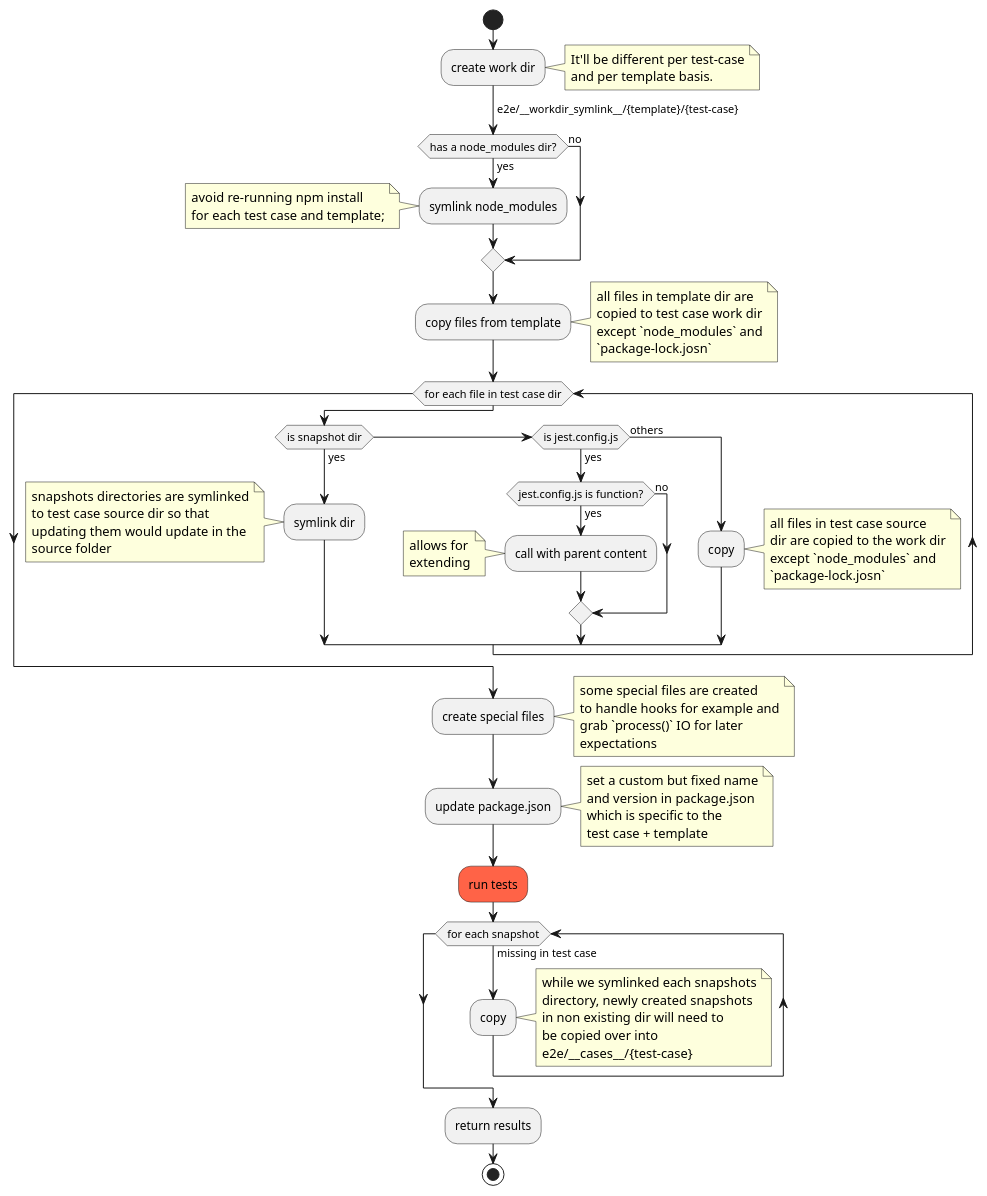
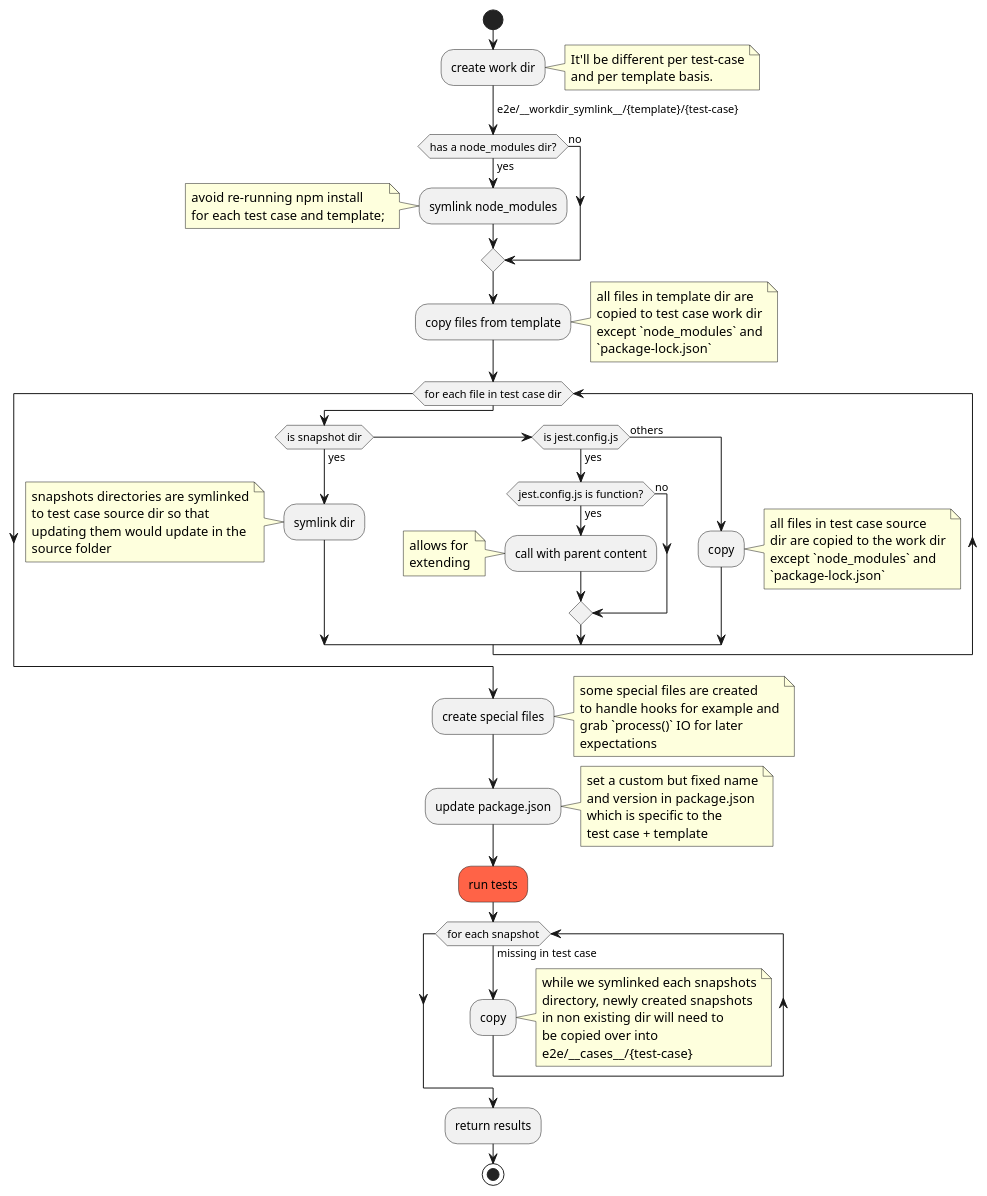
One commit to AlexGuz23/ts-jest changed the second of 2 diagrams in docs/tech/e2e/index.md. Above: the diagram before and after it, drawn with PlantUML. The commit also changed other lines of this file and 9 other files, not shown here.

```diff
--- a/docs/tech/e2e/index.md
+++ b/docs/tech/e2e/index.md
@@ -91,7 +91,7 @@
   all files in template dir are
   copied to test case work dir
   except `node_modules` and
-  `package-lock.josn`
+  `package-lock.json`
 end note
 
 while (for each file in test case dir)
@@ -120,7 +120,7 @@
       all files in test case source
       dir are copied to the work dir
       except `node_modules` and
-      `package-lock.josn`
+      `package-lock.json`
     end note
 
   endif
```
